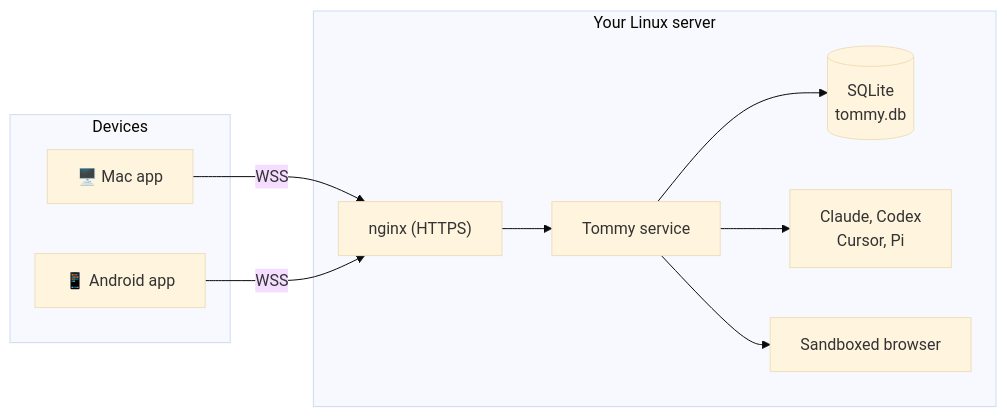
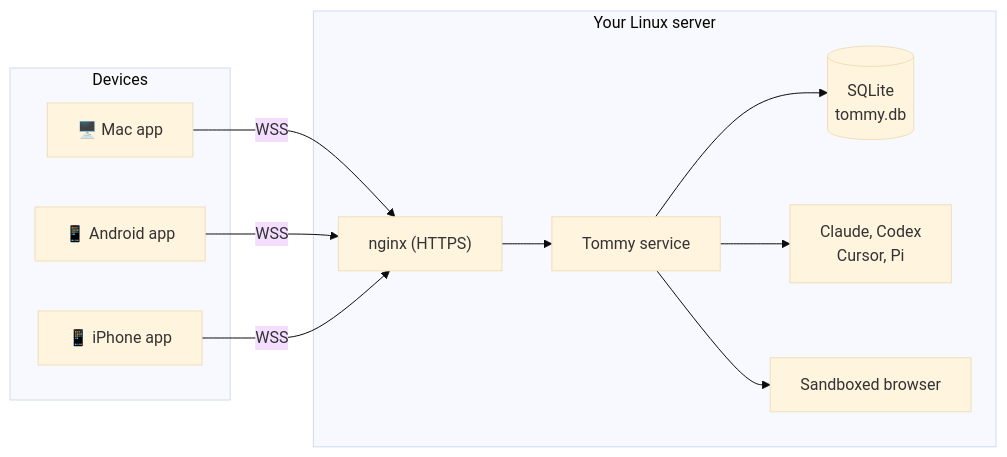
Before and after one commit to jbaehova/tommy: the diagram in README.md, drawn with Mermaid (base theme). The commit also changed other lines of this file and 90 other files, not shown here.

First line of the commit message:
feat(mobile): add the iPhone app

````diff
--- a/README.md
+++ b/README.md
@@ -159,20 +161,22 @@
 ```mermaid
 flowchart LR
     subgraph Devices
         mac["🖥️ Mac app"]
         android["📱 Android app"]
+        iphone["📱 iPhone app"]
     end
     subgraph Server["Your Linux server"]
         nginx["nginx (HTTPS)"]
         tommy["Tommy service"]
         db[("SQLite<br>tommy.db")]
         providers["Claude, Codex<br>Cursor, Pi"]
         browser["Sandboxed browser"]
     end
     mac -- "WSS" --> nginx
     android -- "WSS" --> nginx
+    iphone -- "WSS" --> nginx
     nginx --> tommy
     tommy --> db
     tommy --> providers
     tommy --> browser
 ```
````
